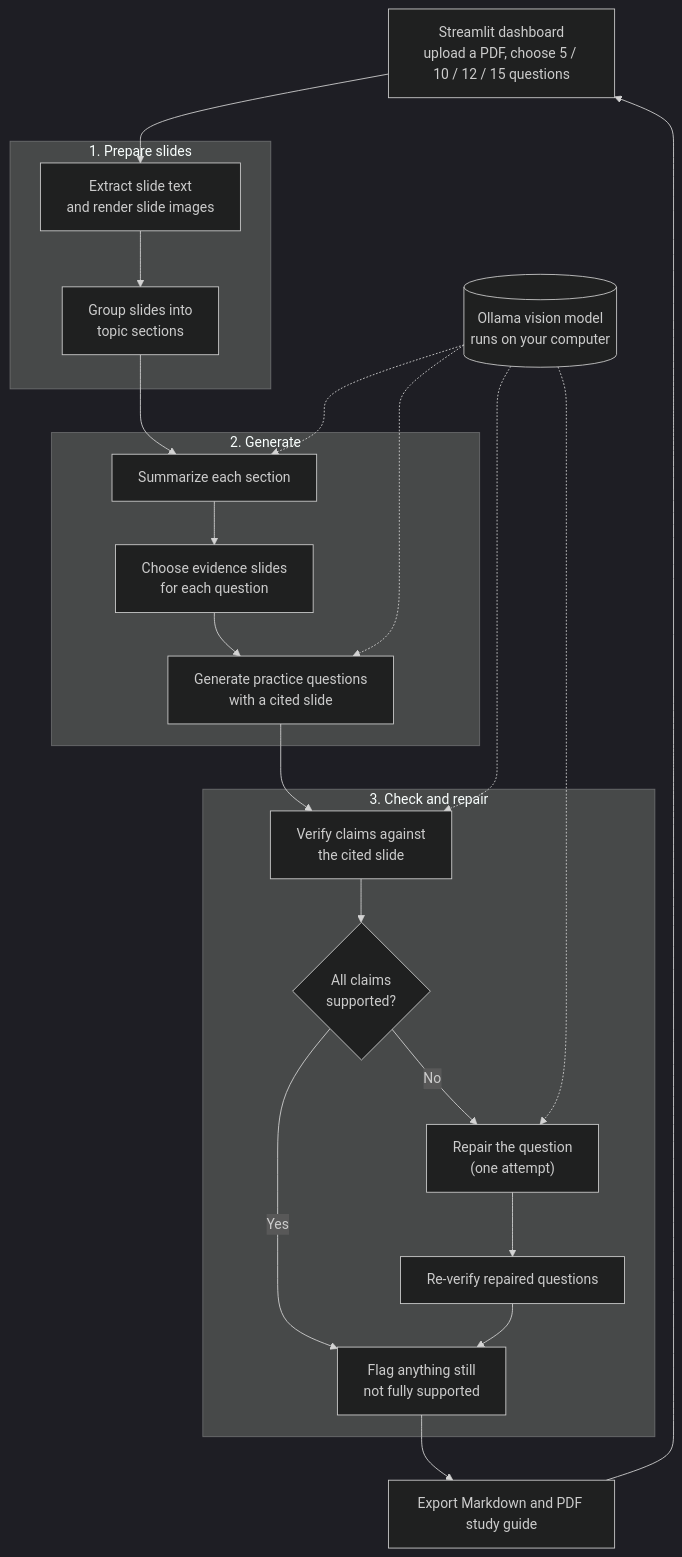
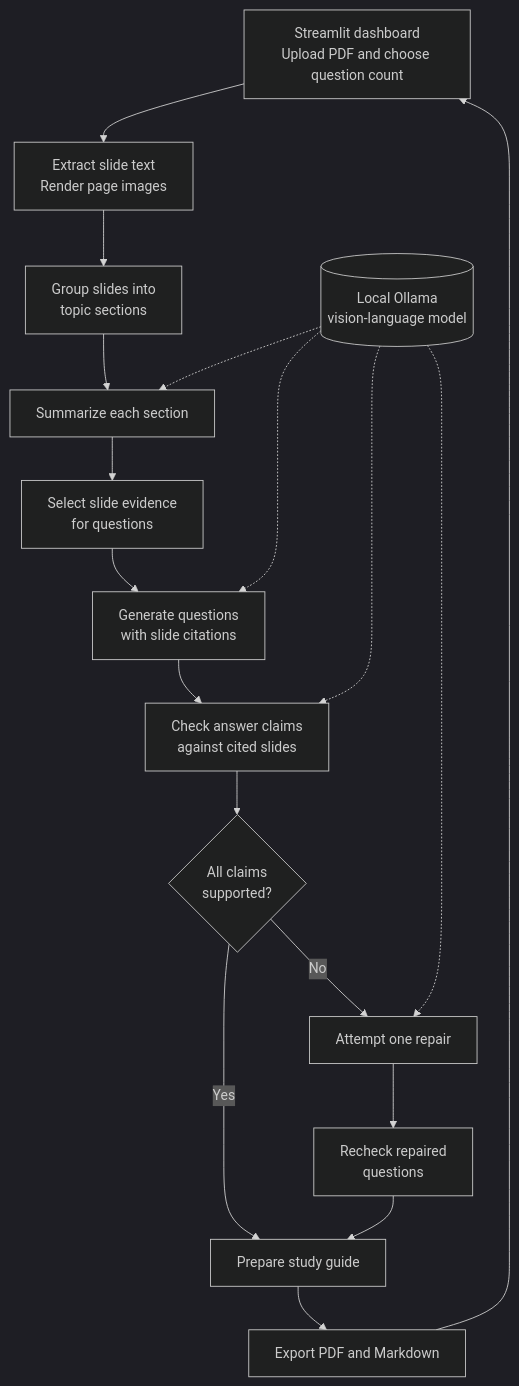
The diagram in README.md (osakaer/lecture-slides-study-agent), drawn with Mermaid (dark theme) before and after one commit. The commit also changed other lines of this file, not shown here.

````diff
--- a/README.md
+++ b/README.md
@@ -26,35 +19,25 @@
 ```mermaid
 flowchart TD
-    UI["Streamlit dashboard<br/>upload a PDF, choose 5 / 10 / 12 / 15 questions"]
+    UI["Streamlit dashboard<br/>Upload PDF and choose question count"]
+    A["Extract slide text<br/>Render page images"]
+    B["Group slides into<br/>topic sections"]
+    C["Summarize each section"]
+    D["Select slide evidence<br/>for questions"]
+    E["Generate questions<br/>with slide citations"]
+    F["Check answer claims<br/>against cited slides"]
+    G{"All claims<br/>supported?"}
+    H["Attempt one repair"]
+    I["Recheck repaired<br/>questions"]
+    J["Prepare study guide"]
+    K["Export PDF and Markdown"]
+    M[("Local Ollama<br/>vision-language model")]
 
-    subgraph PREP["1. Prepare slides"]
-        A["Extract slide text<br/>and render slide images"] --> B["Group slides into<br/>topic sections"]
-    end
-
-    subgraph GEN["2. Generate"]
-        C["Summarize each section"] --> D["Choose evidence slides<br/>for each question"]
-        D --> E["Generate practice questions<br/>with a cited slide"]
-    end
-
-    subgraph CHECK["3. Check and repair"]
-        F["Verify claims against<br/>the cited slide"] --> G{"All claims<br/>supported?"}
-        G -- "No" --> H["Repair the question<br/>(one attempt)"]
-        H --> I["Re-verify repaired questions"]
-        G -- "Yes" --> J["Flag anything still<br/>not fully supported"]
-        I --> J
-    end
-
-    K["Export Markdown and PDF study guide"]
-    M[("Ollama vision model<br/>runs on your computer")]
-
-    UI --> A
-    B --> C
-    E --> F
-    J --> K
-    K --> UI
-
+    UI --> A --> B --> C --> D --> E --> F --> G
+    G -- "Yes" --> J
+    G -- "No" --> H --> I --> J
+    J --> K --> UI
     M -.-> C
     M -.-> E
     M -.-> F
     M -.-> H
 ```
````
